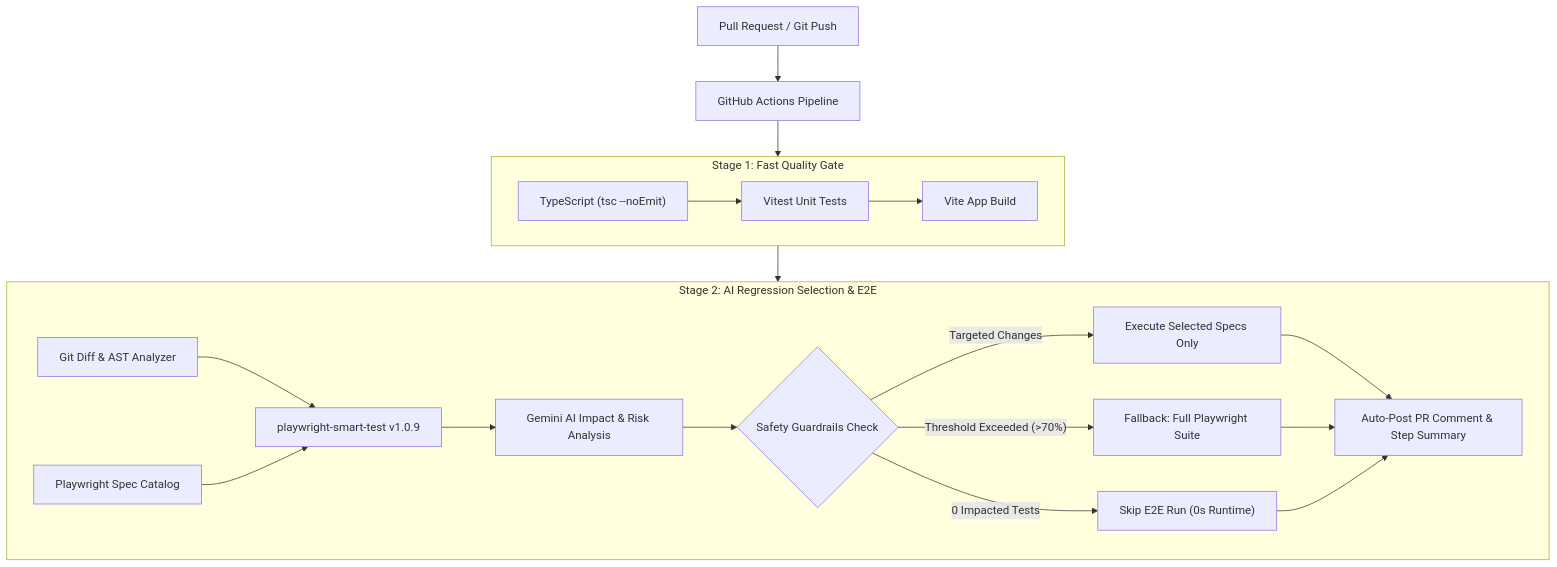
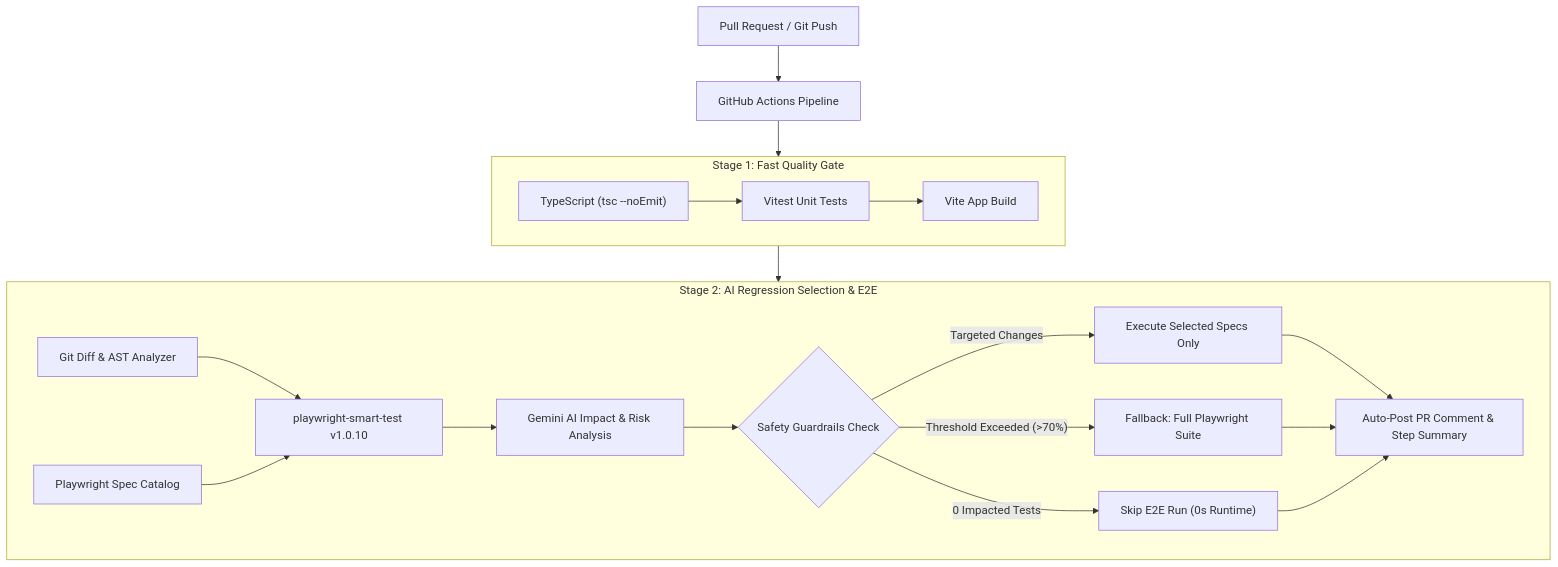
The diagram in README.md (Ujjwal-S-S/ecommerce-playwright-demo), drawn with Mermaid before and after one commit. The commit also changed other lines of this file, not shown here.

Commit message:
docs: bump playwright-smart-test badge to v1.0.10 and config model to gemini-3.5-flash-lite

````diff
--- a/README.md
+++ b/README.md
@@ -36,28 +36,28 @@
 ```mermaid
 flowchart TD
     PR["Pull Request / Git Push"] --> CI["GitHub Actions Pipeline"]
 
     subgraph Stage1 ["Stage 1: Fast Quality Gate"]
         TC["TypeScript (tsc --noEmit)"] --> UT["Vitest Unit Tests"]
         UT --> Build["Vite App Build"]
     end
 
     CI --> Stage1
 
     subgraph Stage2 ["Stage 2: AI Regression Selection & E2E"]
-        Diff["Git Diff & AST Analyzer"] --> Agent["playwright-smart-test v1.0.9"]
+        Diff["Git Diff & AST Analyzer"] --> Agent["playwright-smart-test v1.0.10"]
         Catalog["Playwright Spec Catalog"] --> Agent
         Agent --> Gemini["Gemini AI Impact & Risk Analysis"]
         Gemini --> Guardrails{"Safety Guardrails Check"}
 
         Guardrails -->|"0 Impacted Tests"| Skip["Skip E2E Run (0s Runtime)"]
         Guardrails -->|"Targeted Changes"| Targeted["Execute Selected Specs Only"]
         Guardrails -->|"Threshold Exceeded (>70%)"| Full["Fallback: Full Playwright Suite"]
 
         Targeted --> Report["Auto-Post PR Comment & Step Summary"]
         Full --> Report
         Skip --> Report
     end
 
     Stage1 --> Stage2
 ```
````
